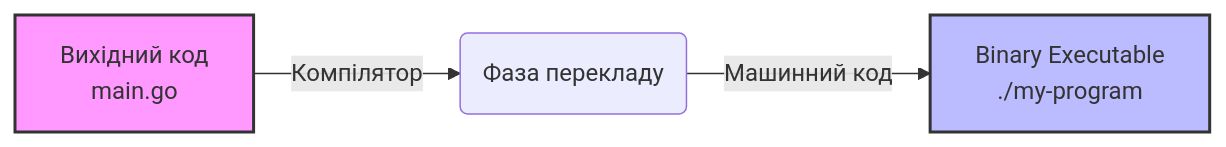
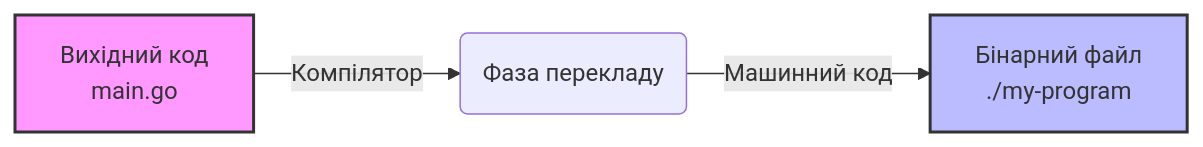
Before and after one commit to krisztiankoos/kubedojo: the first of 2 diagrams in src/content/docs/uk/prerequisites/zero-to-terminal/module-0.9-software-and-packages.md, drawn with Mermaid. The commit also changed other lines of this file and 82 other files, not shown here.

````diff
--- a/src/content/docs/uk/prerequisites/zero-to-terminal/module-0.9-software-and-packages.md
+++ b/src/content/docs/uk/prerequisites/zero-to-terminal/module-0.9-software-and-packages.md
@@ -92,8 +92,8 @@
 ```mermaid
 flowchart LR
     A[Вихідний код<br>main.go] -->|Компілятор| B(Фаза перекладу)
-    B -->|Машинний код| C[Binary Executable<br>./my-program]
+    B -->|Машинний код| C[Бінарний файл<br>./my-program]
     
     style A fill:#f9f,stroke:#333,stroke-width:2px
     style C fill:#bbf,stroke:#333,stroke-width:2px
 ```
````
